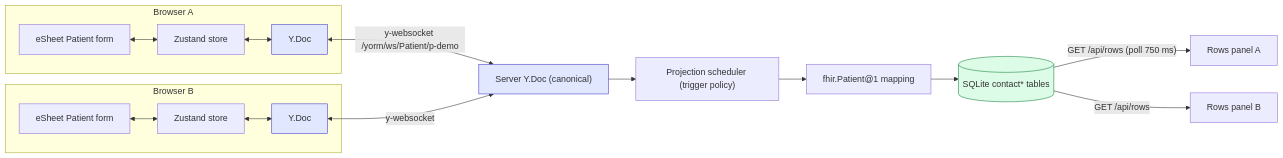
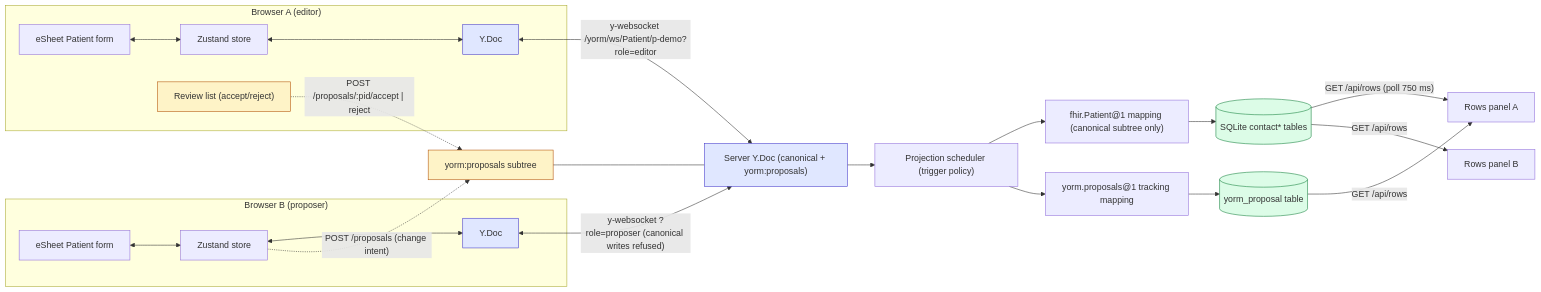
The diagram in examples/patient-collab-demo/README.md (mieweb/yorm), drawn with Mermaid before and after one commit. The commit also changed other lines of this file and 20 other files, not shown here.

Commit message:
M7c: suggestion mode in the collab demo — role switcher, proposer suggestions, editor review list, yorm_proposal rows panel, Playwright accept/reject specs

````diff
--- a/examples/patient-collab-demo/README.md
+++ b/examples/patient-collab-demo/README.md
@@ -46,21 +52,30 @@
 ```mermaid
 graph LR
-  subgraph BrowserA["Browser A"]
+  subgraph BrowserA["Browser A (editor)"]
     FormA["eSheet Patient form"] <--> StoreA["Zustand store"] <--> DocA["Y.Doc"]
+    ReviewA["Review list (accept/reject)"]
   end
-  subgraph BrowserB["Browser B"]
+  subgraph BrowserB["Browser B (proposer)"]
     FormB["eSheet Patient form"] <--> StoreB["Zustand store"] <--> DocB["Y.Doc"]
   end
-  DocA <-->|"y-websocket /yorm/ws/Patient/p-demo"| ServerDoc["Server Y.Doc (canonical)"]
-  DocB <-->|"y-websocket"| ServerDoc
+  DocA <-->|"y-websocket /yorm/ws/Patient/p-demo?role=editor"| ServerDoc["Server Y.Doc (canonical + yorm:proposals)"]
+  DocB <-->|"y-websocket ?role=proposer (canonical writes refused)"| ServerDoc
+  StoreB -.->|"POST /proposals (change intent)"| Proposals["yorm:proposals subtree"]
+  Proposals --- ServerDoc
+  ReviewA -.->|"POST /proposals/:pid/accept | reject"| Proposals
   ServerDoc --> Scheduler["Projection scheduler (trigger policy)"]
-  Scheduler --> Mapping["fhir.Patient@1 mapping"]
+  Scheduler --> Mapping["fhir.Patient@1 mapping (canonical subtree only)"]
+  Scheduler --> Tracking["yorm.proposals@1 tracking mapping"]
   Mapping --> Sqlite[("SQLite contact* tables")]
+  Tracking --> ProposalTable[("yorm_proposal table")]
   Sqlite -->|"GET /api/rows (poll 750 ms)"| PanelA["Rows panel A"]
+  ProposalTable -->|"GET /api/rows"| PanelA
   Sqlite -->|"GET /api/rows"| PanelB["Rows panel B"]
 
   classDef doc fill:#e0e7ff,stroke:#4338ca;
   classDef store fill:#dcfce7,stroke:#15803d;
+  classDef proposal fill:#fef3c7,stroke:#b45309;
   class DocA,DocB,ServerDoc doc;
-  class Sqlite store;
+  class Sqlite,ProposalTable store;
+  class Proposals,ReviewA proposal;
 ```
````
